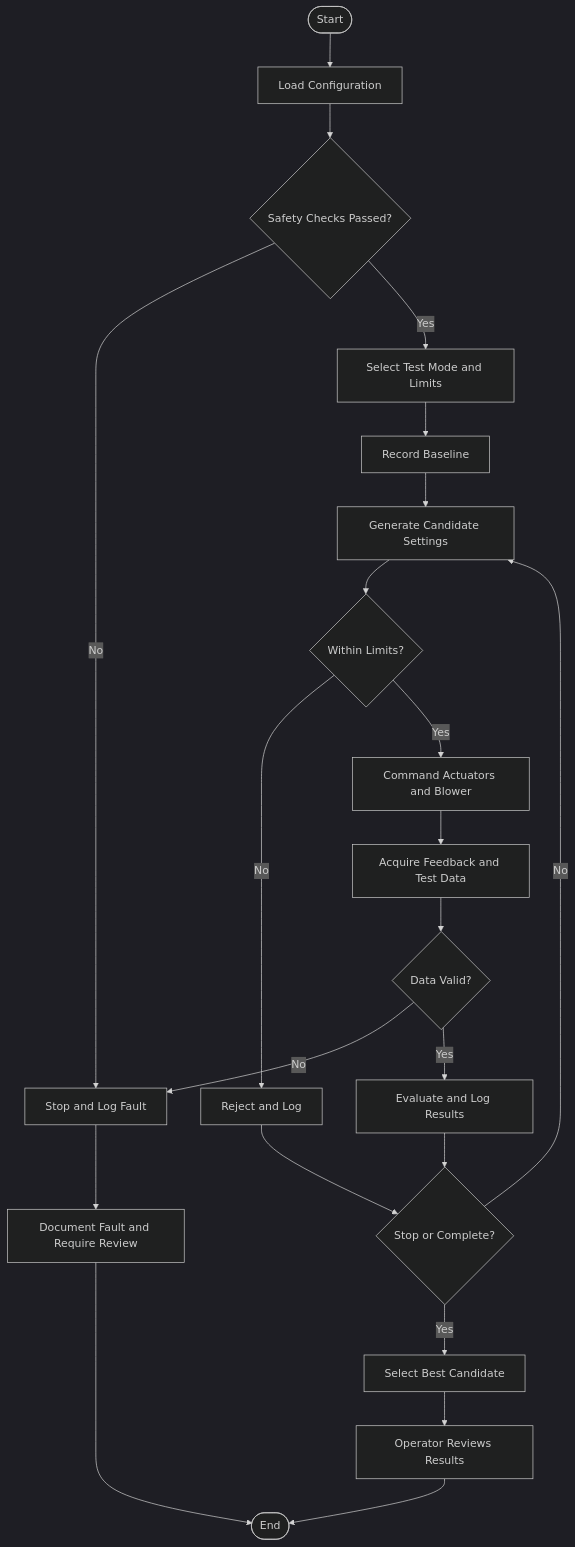
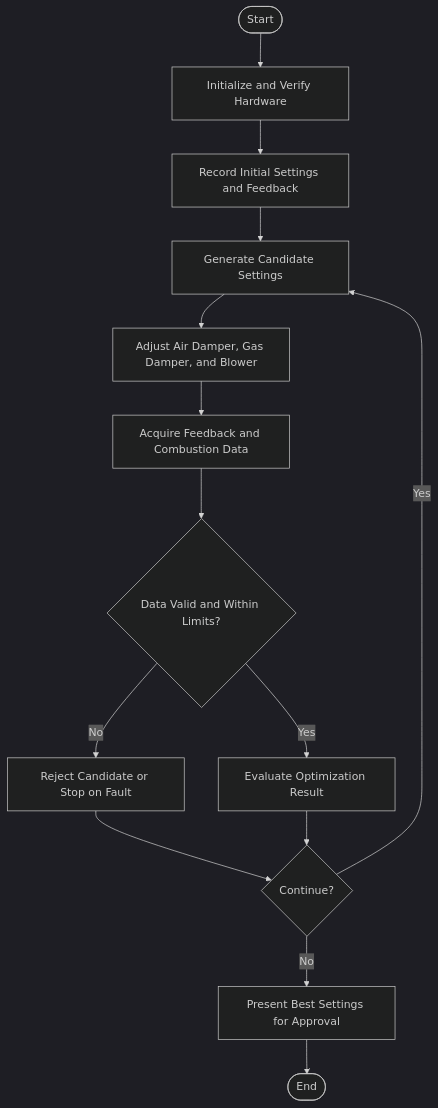
Before and after one commit to TnTech-ECE/F26-Team-10: the second of 2 diagrams in Reports/Conceptual Design Specifications.md, drawn with Mermaid (dark theme). The commit also changed other lines of this file, not shown here.

Commit message:
Revise operational flowchart and states
Updated operational flowchart and operating states to reflect new initialization and verification processes.

````diff
--- a/Reports/Conceptual Design Specifications.md
+++ b/Reports/Conceptual Design Specifications.md
@@ -146,24 +146,16 @@
 ```mermaid
 flowchart TD
-    A([Start]) --> B[Load Configuration]
-    B --> C{Safety Checks Passed?}
-    C -- No --> X[Stop and Log Fault]
-    C -- Yes --> D[Select Test Mode and Limits]
-    D --> E[Record Baseline]
-    E --> F[Generate Candidate Settings]
-    F --> G{Within Limits?}
-    G -- No --> H[Reject and Log]
-    H --> M{Stop or Complete?}
-    G -- Yes --> I[Command Actuators and Blower]
-    I --> J[Acquire Feedback and Test Data]
-    J --> K{Data Valid?}
-    K -- No --> X
-    K -- Yes --> L[Evaluate and Log Results]
-    L --> M
-    M -- No --> F
-    M -- Yes --> N[Select Best Candidate]
-    N --> O[Operator Reviews Results]
-    O --> P([End])
-    X --> Q[Document Fault and Require Review]
-    Q --> P
+    A([Start]) --> B[Initialize and Verify Hardware]
+    B --> C[Record Initial Settings and Feedback]
+    C --> D[Generate Candidate Settings]
+    D --> E[Adjust Air Damper, Gas Damper, and Blower]
+    E --> F[Acquire Feedback and Combustion Data]
+    F --> G{Data Valid and Within Limits?}
+    G -- No --> H[Reject Candidate or Stop on Fault]
+    G -- Yes --> I[Evaluate Optimization Result]
+    H --> J{Continue?}
+    I --> J
+    J -- Yes --> D
+    J -- No --> K[Present Best Settings for Approval]
+    K --> L([End])
 ```
````
